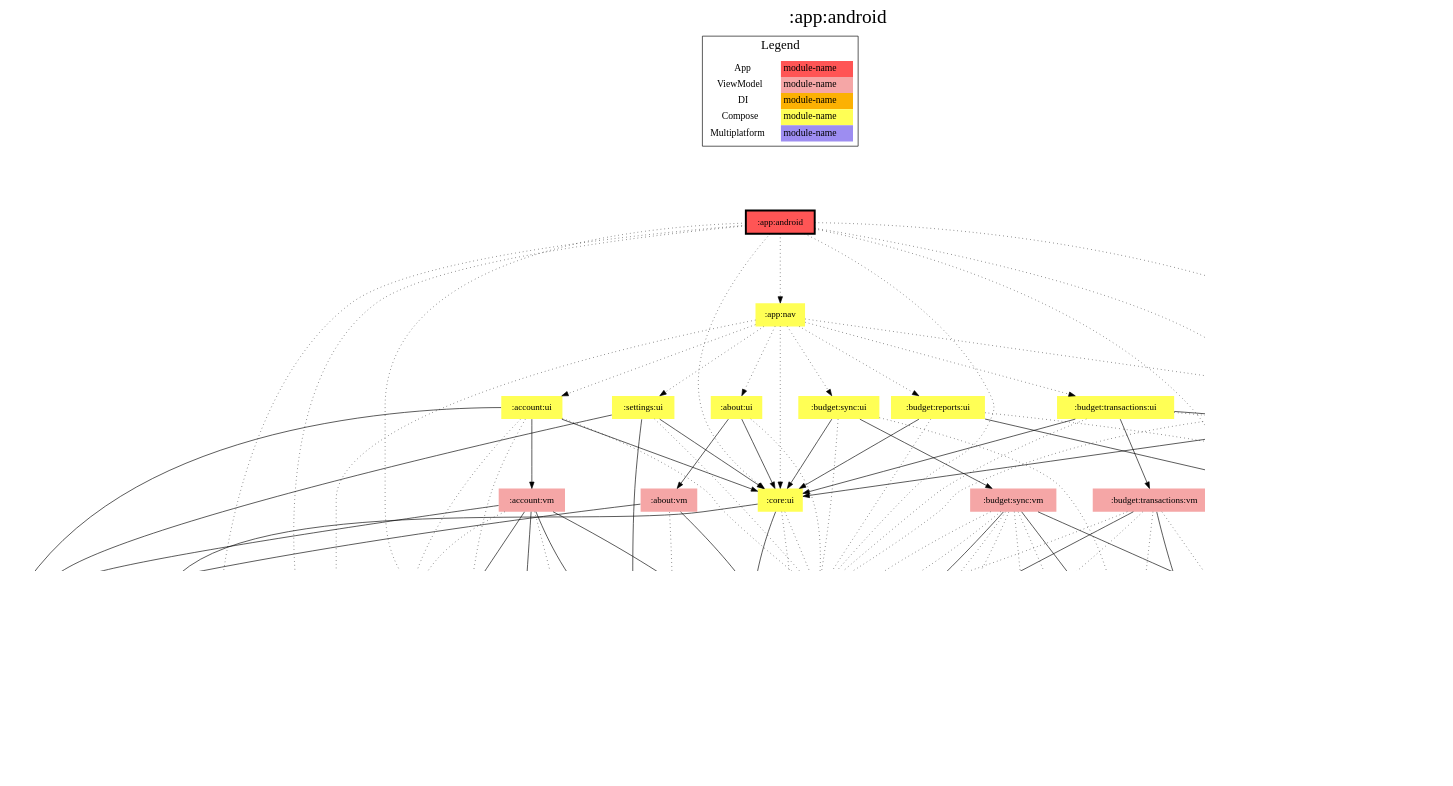
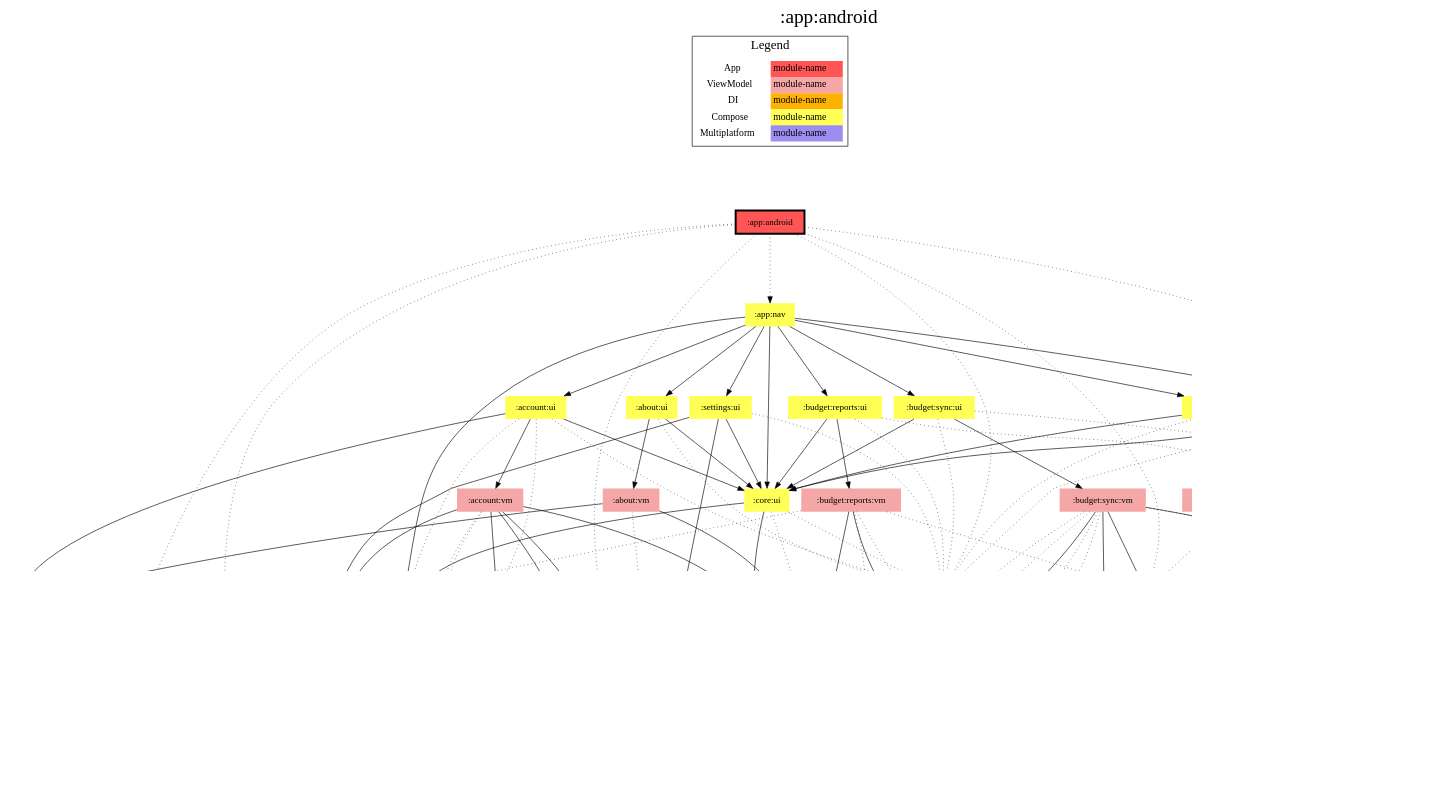
The diagram in app/android/modules.dot (jonapoul/aktual), drawn with Graphviz before and after one commit. The commit also changed 35 other files, not shown here.

```diff
--- a/app/android/modules.dot
+++ b/app/android/modules.dot
@@ -1,186 +1,184 @@
 digraph {
 edge ["dir"="forward"]
 graph ["dpi"="100","label"=":app:android","labelloc"="t","fontsize"="30","ranksep"="1.5","rankdir"="TB"]
 node ["style"="filled"]
 ":about:data" ["fillcolor"="#9D8DF1","shape"="none"]
 ":about:ui" ["fillcolor"="#FFFF55","shape"="none"]
 ":about:vm" ["fillcolor"="#F5A6A6","shape"="none"]
 ":account:domain" ["fillcolor"="#9D8DF1","shape"="none"]
 ":account:model" ["fillcolor"="#9D8DF1","shape"="none"]
 ":account:ui" ["fillcolor"="#FFFF55","shape"="none"]
 ":account:vm" ["fillcolor"="#F5A6A6","shape"="none"]
 ":api:actual" ["fillcolor"="#9D8DF1","shape"="none"]
 ":api:builder" ["fillcolor"="#9D8DF1","shape"="none"]
 ":api:github" ["fillcolor"="#9D8DF1","shape"="none"]
 ":app:android" ["fillcolor"="#FF5555","color"="black","penwidth"="3","shape"="box"]
 ":app:di" ["fillcolor"="#FCB103","shape"="none"]
 ":app:nav" ["fillcolor"="#FFFF55","shape"="none"]
 ":budget:data" ["fillcolor"="#9D8DF1","shape"="none"]
 ":budget:di" ["fillcolor"="#FCB103","shape"="none"]
 ":budget:encryption" ["fillcolor"="#9D8DF1","shape"="none"]
 ":budget:list:ui" ["fillcolor"="#FFFF55","shape"="none"]
 ":budget:list:vm" ["fillcolor"="#F5A6A6","shape"="none"]
 ":budget:model" ["fillcolor"="#9D8DF1","shape"="none"]
 ":budget:reports:ui" ["fillcolor"="#FFFF55","shape"="none"]
 ":budget:reports:vm" ["fillcolor"="#F5A6A6","shape"="none"]
 ":budget:sync:ui" ["fillcolor"="#FFFF55","shape"="none"]
 ":budget:sync:vm" ["fillcolor"="#F5A6A6","shape"="none"]
 ":budget:transactions:ui" ["fillcolor"="#FFFF55","shape"="none"]
 ":budget:transactions:vm" ["fillcolor"="#F5A6A6","shape"="none"]
 ":codegen:annotation" ["fillcolor"="#9D8DF1","shape"="none"]
 ":core:connection" ["fillcolor"="#9D8DF1","shape"="none"]
 ":core:di" ["fillcolor"="#FCB103","shape"="none"]
 ":core:model" ["fillcolor"="#9D8DF1","shape"="none"]
 ":core:ui" ["fillcolor"="#FFFF55","shape"="none"]
 ":l10n" ["fillcolor"="#9D8DF1","shape"="none"]
 ":logging" ["fillcolor"="#9D8DF1","shape"="none"]
 ":prefs" ["fillcolor"="#9D8DF1","shape"="none"]
 ":settings:ui" ["fillcolor"="#FFFF55","shape"="none"]
 ":settings:vm" ["fillcolor"="#F5A6A6","shape"="none"]
 {
 edge ["dir"="none"]
 graph ["rank"="same"]
 ":app:android"
 }
 ":about:data" -> ":api:github"
 ":about:ui" -> ":about:vm"
 ":about:ui" -> ":core:ui"
 ":about:ui" -> ":l10n" ["style"="dotted"]
 ":about:vm" -> ":about:data"
 ":about:vm" -> ":core:di"
 ":about:vm" -> ":logging" ["style"="dotted"]
 ":account:domain" -> ":account:model"
 ":account:domain" -> ":api:actual" ["style"="dotted"]
 ":account:domain" -> ":logging" ["style"="dotted"]
 ":account:domain" -> ":prefs" ["style"="dotted"]
 ":account:ui" -> ":account:domain" ["style"="dotted"]
 ":account:ui" -> ":account:vm"
 ":account:ui" -> ":core:model"
 ":account:ui" -> ":core:ui"
 ":account:ui" -> ":l10n" ["style"="dotted"]
 ":account:ui" -> ":logging" ["style"="dotted"]
 ":account:vm" -> ":account:domain"
 ":account:vm" -> ":account:model"
 ":account:vm" -> ":api:actual" ["style"="dotted"]
 ":account:vm" -> ":core:di"
 ":account:vm" -> ":core:model"
 ":account:vm" -> ":logging" ["style"="dotted"]
 ":account:vm" -> ":prefs"
 ":api:actual" -> ":account:model"
 ":api:actual" -> ":budget:model"
 ":api:actual" -> ":codegen:annotation" ["style"="dotted"]
 ":api:actual" -> ":core:model"
 ":api:builder" -> ":core:model"
 ":api:builder" -> ":logging" ["style"="dotted"]
 ":api:github" -> ":codegen:annotation" ["style"="dotted"]
 ":api:github" -> ":core:model"
 ":app:android" -> ":app:di" ["style"="dotted"]
 ":app:android" -> ":app:nav" ["style"="dotted"]
 ":app:android" -> ":budget:di" ["style"="dotted"]
 ":app:android" -> ":core:connection" ["style"="dotted"]
 ":app:android" -> ":core:di" ["style"="dotted"]
-":app:android" -> ":core:ui" ["style"="dotted"]
 ":app:android" -> ":l10n" ["style"="dotted"]
-":app:android" -> ":logging" ["style"="dotted"]
 ":app:android" -> ":prefs" ["style"="dotted"]
 ":app:di" -> ":api:builder" ["style"="dotted"]
 ":app:di" -> ":api:github"
 ":app:di" -> ":budget:model"
 ":app:di" -> ":core:di"
 ":app:di" -> ":core:model"
 ":app:di" -> ":prefs"
-":app:nav" -> ":about:ui" ["style"="dotted"]
-":app:nav" -> ":account:ui" ["style"="dotted"]
-":app:nav" -> ":budget:list:ui" ["style"="dotted"]
-":app:nav" -> ":budget:reports:ui" ["style"="dotted"]
-":app:nav" -> ":budget:sync:ui" ["style"="dotted"]
-":app:nav" -> ":budget:transactions:ui" ["style"="dotted"]
-":app:nav" -> ":core:ui" ["style"="dotted"]
-":app:nav" -> ":logging" ["style"="dotted"]
-":app:nav" -> ":settings:ui" ["style"="dotted"]
+":app:nav" -> ":about:ui"
+":app:nav" -> ":account:ui"
+":app:nav" -> ":budget:list:ui"
+":app:nav" -> ":budget:reports:ui"
+":app:nav" -> ":budget:sync:ui"
+":app:nav" -> ":budget:transactions:ui"
+":app:nav" -> ":core:ui"
+":app:nav" -> ":logging"
+":app:nav" -> ":settings:ui"
 ":budget:data" -> ":budget:model"
 ":budget:data" -> ":core:model"
 ":budget:data" -> ":logging" ["style"="dotted"]
 ":budget:di" -> ":budget:data"
 ":budget:encryption" -> ":account:model"
 ":budget:encryption" -> ":budget:model"
 ":budget:encryption" -> ":core:model"
 ":budget:list:ui" -> ":account:model" ["style"="dotted"]
 ":budget:list:ui" -> ":budget:list:vm"
 ":budget:list:ui" -> ":budget:model" ["style"="dotted"]
 ":budget:list:ui" -> ":core:ui"
 ":budget:list:ui" -> ":l10n" ["style"="dotted"]
 ":budget:list:vm" -> ":account:model" ["style"="dotted"]
 ":budget:list:vm" -> ":api:actual" ["style"="dotted"]
 ":budget:list:vm" -> ":budget:model"
 ":budget:list:vm" -> ":core:di"
 ":budget:list:vm" -> ":core:model"
 ":budget:list:vm" -> ":logging" ["style"="dotted"]
 ":budget:list:vm" -> ":prefs" ["style"="dotted"]
 ":budget:reports:ui" -> ":account:model" ["style"="dotted"]
 ":budget:reports:ui" -> ":budget:reports:vm"
 ":budget:reports:ui" -> ":core:ui"
 ":budget:reports:ui" -> ":l10n" ["style"="dotted"]
 ":budget:reports:vm" -> ":account:model" ["style"="dotted"]
 ":budget:reports:vm" -> ":budget:di" ["style"="dotted"]
 ":budget:reports:vm" -> ":budget:model"
 ":budget:reports:vm" -> ":core:di"
 ":budget:reports:vm" -> ":core:model" ["style"="dotted"]
 ":budget:reports:vm" -> ":logging" ["style"="dotted"]
 ":budget:sync:ui" -> ":account:model" ["style"="dotted"]
 ":budget:sync:ui" -> ":budget:sync:vm"
 ":budget:sync:ui" -> ":core:ui"
 ":budget:sync:ui" -> ":l10n" ["style"="dotted"]
 ":budget:sync:vm" -> ":account:model" ["style"="dotted"]
 ":budget:sync:vm" -> ":api:actual" ["style"="dotted"]
 ":budget:sync:vm" -> ":budget:di"
-":budget:sync:vm" -> ":budget:encryption" ["style"="dotted"]
+":budget:sync:vm" -> ":budget:encryption"
 ":budget:sync:vm" -> ":budget:model"
 ":budget:sync:vm" -> ":core:di"
 ":budget:sync:vm" -> ":core:model" ["style"="dotted"]
 ":budget:sync:vm" -> ":logging" ["style"="dotted"]
 ":budget:sync:vm" -> ":prefs" ["style"="dotted"]
 ":budget:transactions:ui" -> ":account:model" ["style"="dotted"]
 ":budget:transactions:ui" -> ":budget:model"
 ":budget:transactions:ui" -> ":budget:transactions:vm"
 ":budget:transactions:ui" -> ":core:ui"
 ":budget:transactions:ui" -> ":l10n" ["style"="dotted"]
 ":budget:transactions:vm" -> ":account:model" ["style"="dotted"]
 ":budget:transactions:vm" -> ":budget:data"
 ":budget:transactions:vm" -> ":budget:di" ["style"="dotted"]
 ":budget:transactions:vm" -> ":budget:model"
 ":budget:transactions:vm" -> ":core:di"
 ":budget:transactions:vm" -> ":logging" ["style"="dotted"]
 ":budget:transactions:vm" -> ":prefs" ["style"="dotted"]
-":core:connection" -> ":api:actual" ["style"="dotted"]
-":core:connection" -> ":api:builder" ["style"="dotted"]
+":core:connection" -> ":api:actual"
+":core:connection" -> ":api:builder"
 ":core:connection" -> ":core:model" ["style"="dotted"]
 ":core:connection" -> ":logging" ["style"="dotted"]
 ":core:connection" -> ":prefs" ["style"="dotted"]
 ":core:ui" -> ":budget:model"
 ":core:ui" -> ":core:di" ["style"="dotted"]
 ":core:ui" -> ":core:model"
 ":core:ui" -> ":l10n" ["style"="dotted"]
 ":prefs" -> ":account:model"
 ":prefs" -> ":core:model"
 ":settings:ui" -> ":core:model"
 ":settings:ui" -> ":core:ui"
 ":settings:ui" -> ":l10n" ["style"="dotted"]
 ":settings:ui" -> ":settings:vm"
 ":settings:vm" -> ":core:di"
 ":settings:vm" -> ":logging" ["style"="dotted"]
 ":settings:vm" -> ":prefs"
 subgraph "cluster_legend" {
 edge ["dir"="none"]
 graph ["label"="Legend","fontsize"="20"]
 "Legend" ["style"="filled","fillcolor"="#FFFFFF","shape"="none","margin"="0","fontsize"="15","label"=<
 <TABLE BORDER="0" CELLBORDER="0" CELLSPACING="0" CELLPADDING="4">
 <TR><TD>App</TD><TD BGCOLOR="#FF5555">module-name</TD></TR>
 <TR><TD>ViewModel</TD><TD BGCOLOR="#F5A6A6">module-name</TD></TR>
 <TR><TD>DI</TD><TD BGCOLOR="#FCB103">module-name</TD></TR>
 <TR><TD>Compose</TD><TD BGCOLOR="#FFFF55">module-name</TD></TR>
 <TR><TD>Multiplatform</TD><TD BGCOLOR="#9D8DF1">module-name</TD></TR>
 </TABLE>
 >]
 } -> ":app:android" ["style"="invis"]
 }
```
